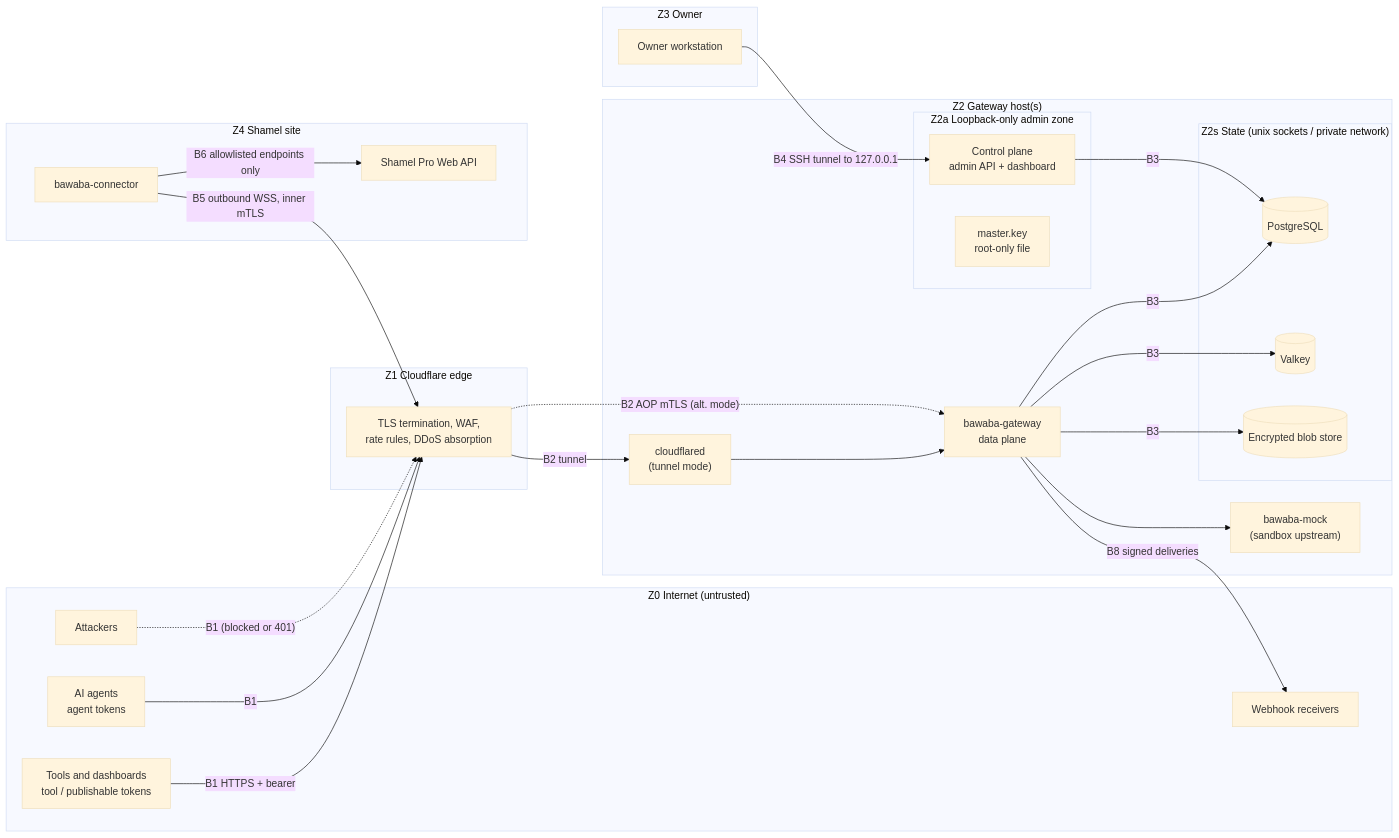
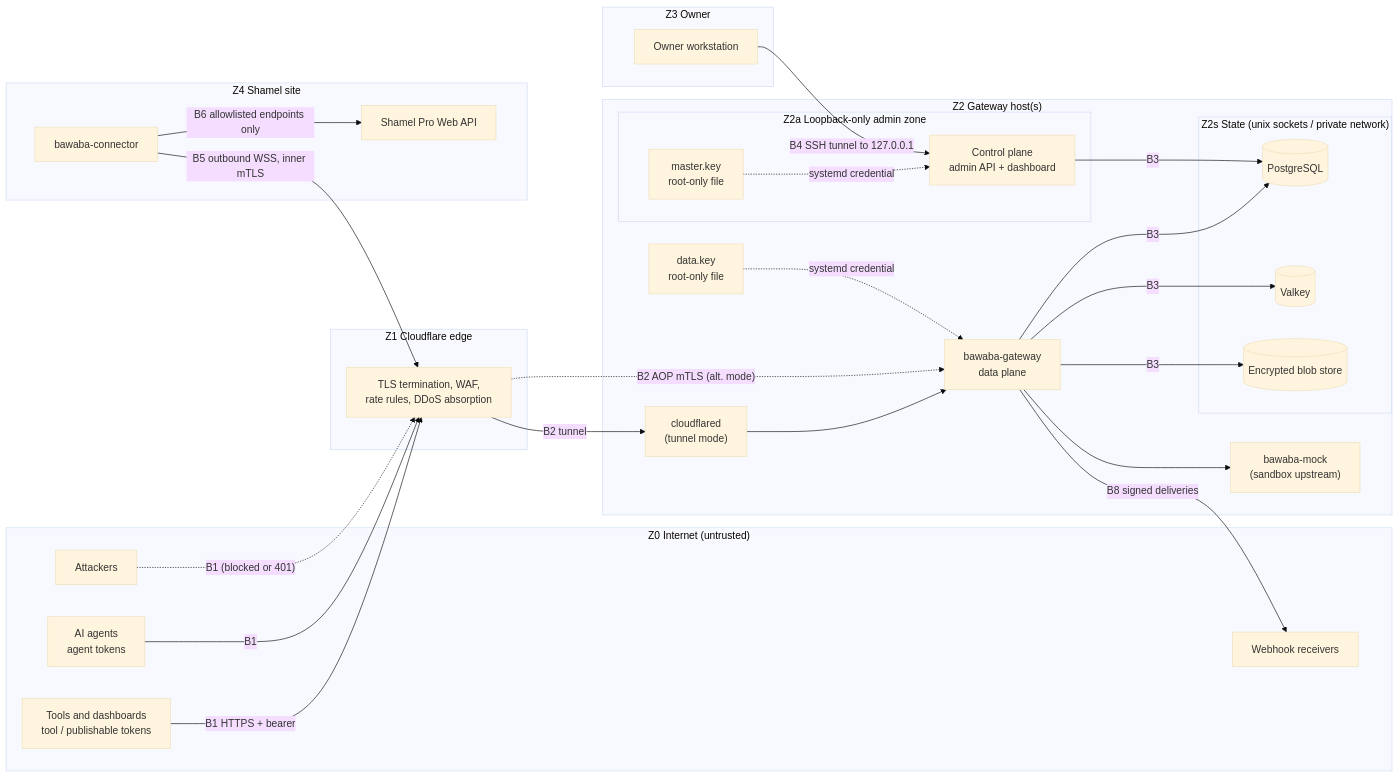
Before and after one commit to Web3Abbas/Shamel: the first of 5 diagrams in docs/design/02-security.md, drawn with Mermaid (base theme). The commit also changed other lines of this file, not shown here.

````diff
--- a/docs/design/02-security.md
+++ b/docs/design/02-security.md
@@ -74,48 +74,51 @@
 ```mermaid
 flowchart LR
     subgraph Z0["Z0 Internet (untrusted)"]
         TOOLS["Tools and dashboards<br/>tool / publishable tokens"]
         AGENTS["AI agents<br/>agent tokens"]
         ATTACKER["Attackers"]
         HOOKS["Webhook receivers"]
     end
     subgraph Z1["Z1 Cloudflare edge"]
         CF["TLS termination, WAF,<br/>rate rules, DDoS absorption"]
     end
     subgraph Z2["Z2 Gateway host(s)"]
         CFD["cloudflared<br/>(tunnel mode)"]
         DP["bawaba-gateway<br/>data plane"]
+        DK["data.key<br/>root-only file"]
         MOCK["bawaba-mock<br/>(sandbox upstream)"]
         subgraph Z2S["Z2s State (unix sockets / private network)"]
             PG[("PostgreSQL")]
             VK[("Valkey")]
             BLOB[("Encrypted blob store")]
         end
         subgraph Z2A["Z2a Loopback-only admin zone"]
             CP["Control plane<br/>admin API + dashboard"]
             MK["master.key<br/>root-only file"]
         end
     end
     subgraph Z3["Z3 Owner"]
         OWNER["Owner workstation"]
     end
     subgraph Z4["Z4 Shamel site"]
         CONN["bawaba-connector"]
         SHAMEL["Shamel Pro Web API"]
     end
     TOOLS -- "B1 HTTPS + bearer" --> CF
     AGENTS -- "B1" --> CF
     ATTACKER -.->|"B1 (blocked or 401)"| CF
     CF -- "B2 tunnel" --> CFD
     CFD --> DP
     CF -.->|"B2 AOP mTLS (alt. mode)"| DP
     CONN -- "B5 outbound WSS, inner mTLS" --> CF
+    DK -.->|"systemd credential"| DP
+    MK -.->|"systemd credential"| CP
     DP -- "B3" --> PG
     DP -- "B3" --> VK
     DP -- "B3" --> BLOB
     DP --> MOCK
     CP -- "B3" --> PG
     OWNER -- "B4 SSH tunnel to 127.0.0.1" --> CP
     CONN -- "B6 allowlisted endpoints only" --> SHAMEL
     DP -- "B8 signed deliveries" --> HOOKS
 ```
````
